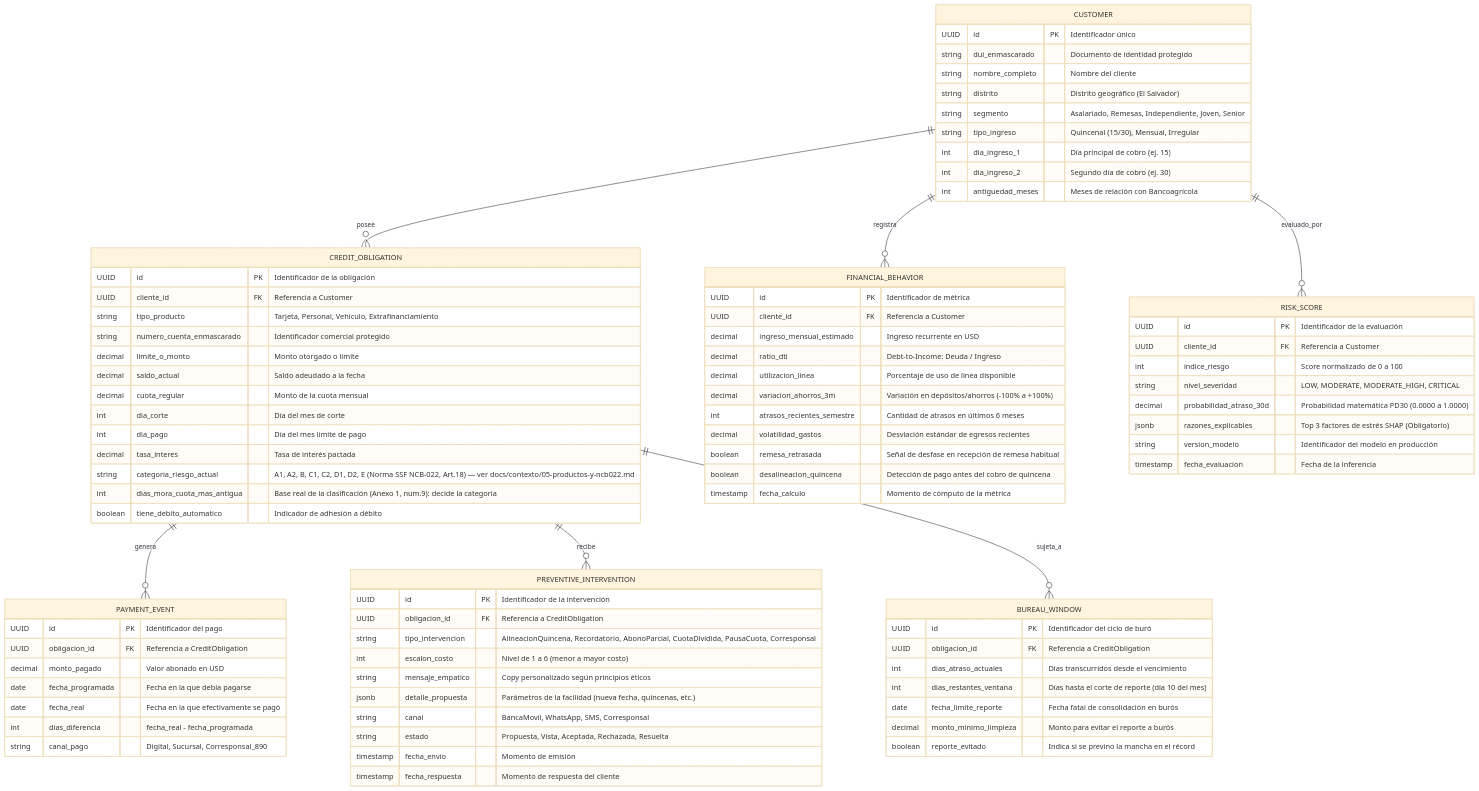
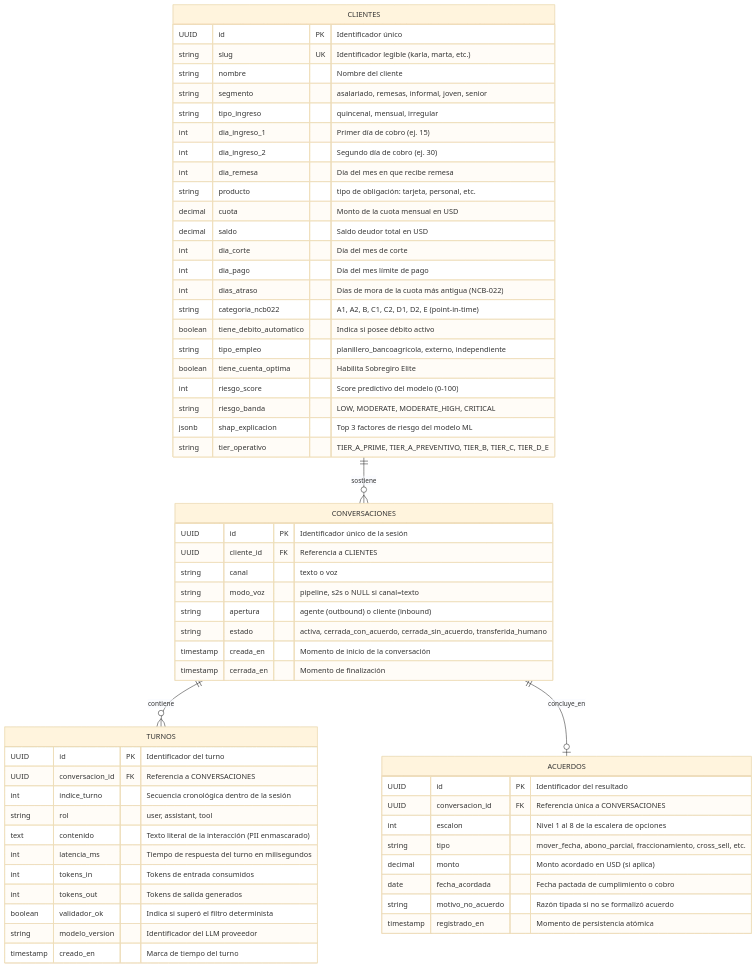
The first of 4 diagrams in UML.md (romerokasl/agricola-entropyhack), drawn with Mermaid (base theme) before and after one commit. The commit also changed other lines of this file and 11 other files, not shown here.

Commit message:
docs: unificar contexto, arquitectura de pipeline Anticipa Bancoagricola y diferenciadores

````diff
--- a/UML.md
+++ b/UML.md
@@ -29,95 +13,67 @@
 ```mermaid
 erDiagram
-    CUSTOMER ||--o{ CREDIT_OBLIGATION : "posee"
-    CUSTOMER ||--o{ FINANCIAL_BEHAVIOR : "registra"
-    CUSTOMER ||--o{ RISK_SCORE : "evaluado_por"
-    CREDIT_OBLIGATION ||--o{ PAYMENT_EVENT : "genera"
-    CREDIT_OBLIGATION ||--o{ PREVENTIVE_INTERVENTION : "recibe"
-    CREDIT_OBLIGATION ||--o{ BUREAU_WINDOW : "sujeta_a"
+    CLIENTES ||--o{ CONVERSACIONES : "sostiene"
+    CONVERSACIONES ||--o{ TURNOS : "contiene"
+    CONVERSACIONES ||--o| ACUERDOS : "concluye_en"
 
-    CUSTOMER {
+    CLIENTES {
         UUID id PK "Identificador único"
-        string dui_enmascarado "Documento de identidad protegido"
-        string nombre_completo "Nombre del cliente"
-        string distrito "Distrito geográfico (El Salvador)"
-        string segmento "Asalariado, Remesas, Independiente, Joven, Senior"
-        string tipo_ingreso "Quincenal (15/30), Mensual, Irregular"
-        int dia_ingreso_1 "Día principal de cobro (ej. 15)"
+        string slug UK "Identificador legible (karla, marta, etc.)"
+        string nombre "Nombre del cliente"
+        string segmento "asalariado, remesas, informal, joven, senior"
+        string tipo_ingreso "quincenal, mensual, irregular"
+        int dia_ingreso_1 "Primer día de cobro (ej. 15)"
         int dia_ingreso_2 "Segundo día de cobro (ej. 30)"
-        int antiguedad_meses "Meses de relación con Bancoagrícola"
+        int dia_remesa "Día del mes en que recibe remesa"
+        string producto "tipo de obligación: tarjeta, personal, etc."
+        decimal cuota "Monto de la cuota mensual en USD"
+        decimal saldo "Saldo deudor total en USD"
+        int dia_corte "Día del mes de corte"
+        int dia_pago "Día del mes límite de pago"
+        int dias_atraso "Días de mora de la cuota más antigua (NCB-022)"
+        string categoria_ncb022 "A1, A2, B, C1, C2, D1, D2, E (point-in-time)"
+        boolean tiene_debito_automatico "Indica si posee débito activo"
+        string tipo_empleo "planillero_bancoagricola, externo, independiente"
+        boolean tiene_cuenta_optima "Habilita Sobregiro Elite"
+        int riesgo_score "Score predictivo del modelo (0-100)"
+        string riesgo_banda "LOW, MODERATE, MODERATE_HIGH, CRITICAL"
+        jsonb shap_explicacion "Top 3 factores de riesgo del modelo ML"
+        string tier_operativo "TIER_A_PRIME, TIER_A_PREVENTIVO, TIER_B, TIER_C, TIER_D_E"
     }
 
-    CREDIT_OBLIGATION {
-        UUID id PK "Identificador de la obligación"
-        UUID cliente_id FK "Referencia a Customer"
-        string tipo_producto "Tarjeta, Personal, Vehículo, Extrafinanciamiento"
-        string numero_cuenta_enmascarado "Identificador comercial protegido"
-        decimal limite_o_monto "Monto otorgado o límite"
-        decimal saldo_actual "Saldo adeudado a la fecha"
-        decimal cuota_regular "Monto de la cuota mensual"
-        int dia_corte "Día del mes de corte"
-        int dia_pago "Día del mes límite de pago"
-        decimal tasa_interes "Tasa de interés pactada"
-        string categoria_riesgo_actual "A1, A2, B, C1, C2, D1, D2, E (Norma SSF NCB-022, Art.18) — ver docs/contexto/05-productos-y-ncb022.md"
-        int dias_mora_cuota_mas_antigua "Base real de la clasificación (Anexo 1, num.9): decide la categoría"
-        boolean tiene_debito_automatico "Indicador de adhesión a débito"
+    CONVERSACIONES {
+        UUID id PK "Identificador único de la sesión"
+        UUID cliente_id FK "Referencia a CLIENTES"
+        string canal "texto o voz"
+        string modo_voz "pipeline, s2s o NULL si canal=texto"
+        string apertura "agente (outbound) o cliente (inbound)"
+        string estado "activa, cerrada_con_acuerdo, cerrada_sin_acuerdo, transferida_humano"
+        timestamp creada_en "Momento de inicio de la conversación"
+        timestamp cerrada_en "Momento de finalización"
     }
 
-    FINANCIAL_BEHAVIOR {
-        UUID id PK "Identificador de métrica"
-        UUID cliente_id FK "Referencia a Customer"
-        decimal ingreso_mensual_estimado "Ingreso recurrente en USD"
-        decimal ratio_dti "Debt-to-Income: Deuda / Ingreso"
-        decimal utilizacion_linea "Porcentaje de uso de línea disponible"
-        decimal variacion_ahorros_3m "Variación en depósitos/ahorros (-100% a +100%)"
-        int atrasos_recientes_semestre "Cantidad de atrasos en últimos 6 meses"
-        decimal volatilidad_gastos "Desviación estándar de egresos recientes"
-        boolean remesa_retrasada "Señal de desfase en recepción de remesa habitual"
-        boolean desalineacion_quincena "Detección de pago antes del cobro de quincena"
-        timestamp fecha_calculo "Momento de cómputo de la métrica"
+    TURNOS {
+        UUID id PK "Identificador del turno"
+        UUID conversacion_id FK "Referencia a CONVERSACIONES"
+        int indice_turno "Secuencia cronológica dentro de la sesión"
+        string rol "user, assistant, tool"
+        text contenido "Texto literal de la interacción (PII enmascarado)"
+        int latencia_ms "Tiempo de respuesta del turno en milisegundos"
+        int tokens_in "Tokens de entrada consumidos"
+        int tokens_out "Tokens de salida generados"
+        boolean validador_ok "Indica si superó el filtro determinista"
+        string modelo_version "Identificador del LLM proveedor"
+        timestamp creado_en "Marca de tiempo del turno"
     }
 
-    RISK_SCORE {
-        UUID id PK "Identificador de la evaluación"
-        UUID cliente_id FK "Referencia a Customer"
-        int indice_riesgo "Score normalizado de 0 a 100"
-        string nivel_severidad "LOW, MODERATE, MODERATE_HIGH, CRITICAL"
-        decimal probabilidad_atraso_30d "Probabilidad matemática PD30 (0.0000 a 1.0000)"
-        jsonb razones_explicables "Top 3 factores de estrés SHAP (Obligatorio)"
-        string version_modelo "Identificador del modelo en producción"
-        timestamp fecha_evaluacion "Fecha de la inferencia"
-    }
-
-    PREVENTIVE_INTERVENTION {
-        UUID id PK "Identificador de la intervención"
-        UUID obligacion_id FK "Referencia a CreditObligation"
-        string tipo_intervencion "AlineacionQuincena, Recordatorio, AbonoParcial, CuotaDividida, PausaCuota, Corresponsal"
-        int escalon_costo "Nivel de 1 a 6 (menor a mayor costo)"
-        string mensaje_empatico "Copy personalizado según principios éticos"
-        jsonb detalle_propuesta "Parámetros de la facilidad (nueva fecha, quincenas, etc.)"
-        string canal "BancaMovil, WhatsApp, SMS, Corresponsal"
-        string estado "Propuesta, Vista, Aceptada, Rechazada, Resuelta"
-        timestamp fecha_envio "Momento de emisión"
-        timestamp fecha_respuesta "Momento de respuesta del cliente"
-    }
-
-    BUREAU_WINDOW {
-        UUID id PK "Identificador del ciclo de buró"
-        UUID obligacion_id FK "Referencia a CreditObligation"
-        int dias_atraso_actuales "Días transcurridos desde el vencimiento"
-        int dias_restantes_ventana "Días hasta el corte de reporte (día 10 del mes)"
-        date fecha_limite_reporte "Fecha fatal de consolidación en burós"
-        decimal monto_minimo_limpieza "Monto para evitar el reporte a burós"
-        boolean reporte_evitado "Indica si se previno la mancha en el récord"
-    }
-
-    PAYMENT_EVENT {
-        UUID id PK "Identificador del pago"
-        UUID obligacion_id FK "Referencia a CreditObligation"
-        decimal monto_pagado "Valor abonado en USD"
-        date fecha_programada "Fecha en la que debía pagarse"
-        date fecha_real "Fecha en la que efectivamente se pagó"
-        int dias_diferencia "fecha_real - fecha_programada"
-        string canal_pago "Digital, Sucursal, Corresponsal_890"
+    ACUERDOS {
+        UUID id PK "Identificador del resultado"
+        UUID conversacion_id FK "Referencia única a CONVERSACIONES"
+        int escalon "Nivel 1 al 8 de la escalera de opciones"
+        string tipo "mover_fecha, abono_parcial, fraccionamiento, cross_sell, etc."
+        decimal monto "Monto acordado en USD (si aplica)"
+        date fecha_acordada "Fecha pactada de cumplimiento o cobro"
+        string motivo_no_acuerdo "Razón tipada si no se formalizó acuerdo"
+        timestamp registrado_en "Momento de persistencia atómica"
     }
 ```
````
